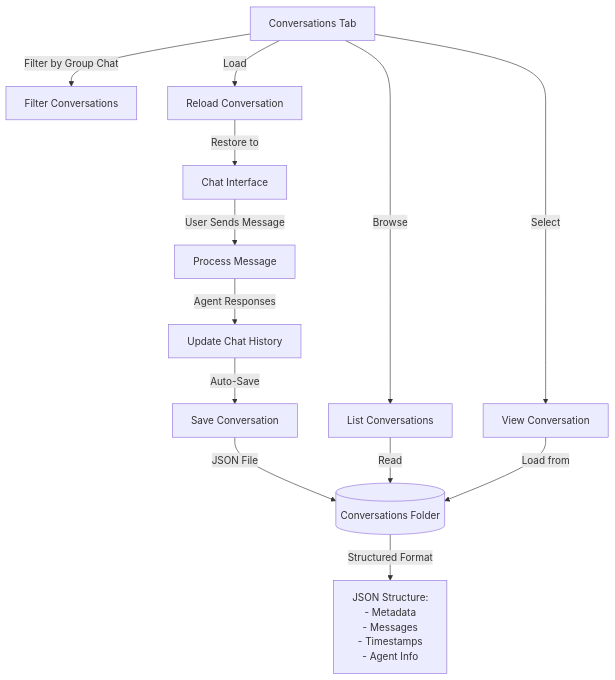
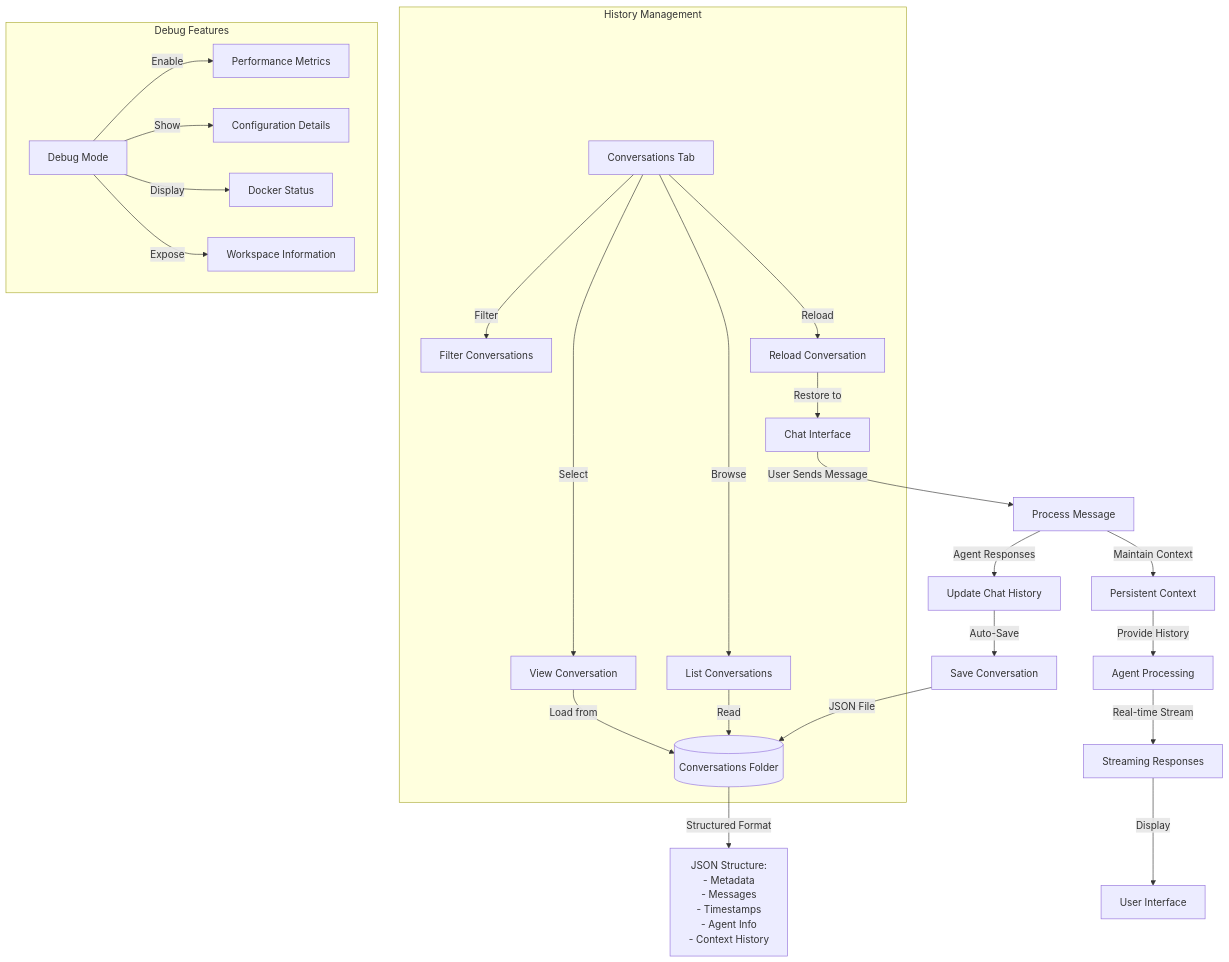
Before and after one commit to egkristi/llm-langgraph: the third of 5 diagrams in README.md, drawn with Mermaid. The commit also changed other lines of this file, not shown here.

Commit message:
feat: add persistent context and workspace management to system architecture diagrams

````diff
--- a/README.md
+++ b/README.md
@@ -189,17 +218,31 @@
 ```mermaid
 graph TD
     Chat[Chat Interface] -->|User Sends Message| Process[Process Message]
+    Process -->|Maintain Context| Context[Persistent Context]
+    Context -->|Provide History| Agents[Agent Processing]
+    Agents -->|Real-time Stream| Stream[Streaming Responses]
+    Stream -->|Display| UI[User Interface]
+    
     Process -->|Agent Responses| Update[Update Chat History]
     Update -->|Auto-Save| Save[Save Conversation]
     Save -->|JSON File| Storage[(Conversations Folder)]
     
-    UI[Conversations Tab] -->|Browse| List[List Conversations]
-    List -->|Read| Storage
-    UI -->|Filter by Group Chat| Filter[Filter Conversations]
-    UI -->|Select| View[View Conversation]
-    View -->|Load from| Storage
-    UI -->|Load| Reload[Reload Conversation]
-    Reload -->|Restore to| Chat
+    subgraph History Management
+        UI_Tab[Conversations Tab] -->|Browse| List[List Conversations]
+        List -->|Read| Storage
+        UI_Tab -->|Filter| Filter[Filter Conversations]
+        UI_Tab -->|Select| View[View Conversation]
+        View -->|Load from| Storage
+        UI_Tab -->|Reload| Reload[Reload Conversation]
+        Reload -->|Restore to| Chat
+    end
     
-    Storage -->|Structured Format| Format["JSON Structure:<br>- Metadata<br>- Messages<br>- Timestamps<br>- Agent Info"]
+    subgraph Debug Features
+        DebugMode[Debug Mode] -->|Enable| Metrics[Performance Metrics]
+        DebugMode -->|Show| Config[Configuration Details]
+        DebugMode -->|Display| DockerStatus[Docker Status]
+        DebugMode -->|Expose| WorkspaceInfo[Workspace Information]
+    end
+    
+    Storage -->|Structured Format| Format["JSON Structure:<br>- Metadata<br>- Messages<br>- Timestamps<br>- Agent Info<br>- Context History"]
 ```
````
